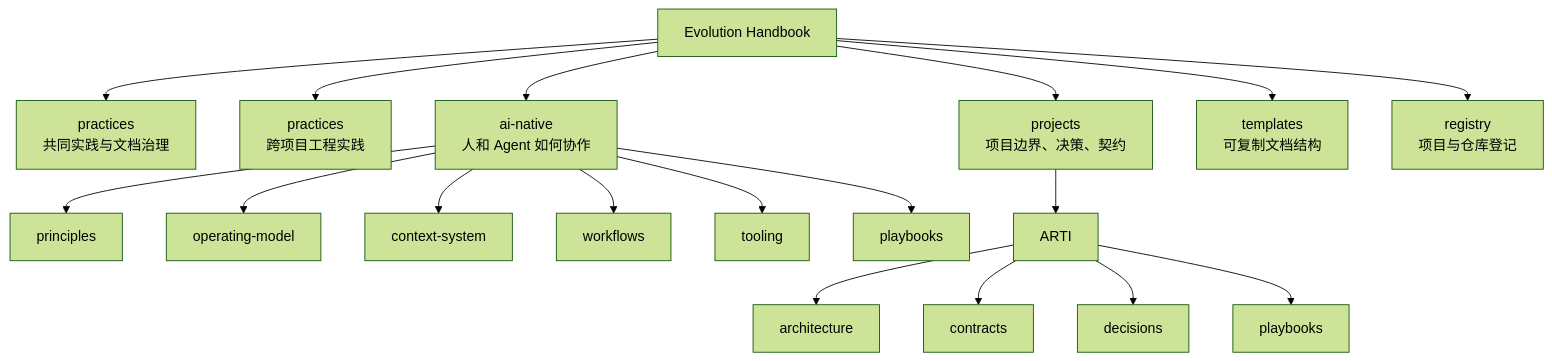
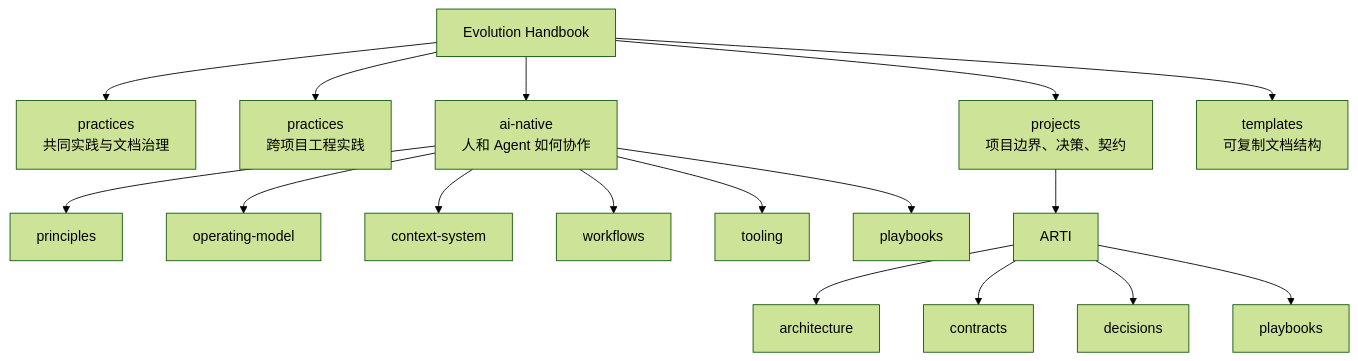
One commit to botearn/Evolution-Handbook changed the fifth of 5 diagrams in README.md. Above: the diagram before and after it, drawn with Mermaid (forest theme). The commit also changed 17 other files, not shown here.

````diff
--- a/README.md
+++ b/README.md
@@ -164,22 +164,21 @@
 ```mermaid
 flowchart TB
     H["Evolution Handbook"] --> G["practices<br/>共同实践与文档治理"]
     H --> P["practices<br/>跨项目工程实践"]
     H --> AI["ai-native<br/>人和 Agent 如何协作"]
     H --> Projects["projects<br/>项目边界、决策、契约"]
     H --> Templates["templates<br/>可复制文档结构"]
-    H --> Registry["registry<br/>项目与仓库登记"]
 
     AI --> Principles["principles"]
     AI --> Operating["operating-model"]
     AI --> Context["context-system"]
     AI --> Workflows["workflows"]
     AI --> Tooling["tooling"]
     AI --> Playbooks["playbooks"]
 
     Projects --> ARTI["ARTI"]
     ARTI --> Architecture["architecture"]
     ARTI --> Contracts["contracts"]
     ARTI --> Decisions["decisions"]
     ARTI --> ProjectPlaybooks["playbooks"]
 ```
````
